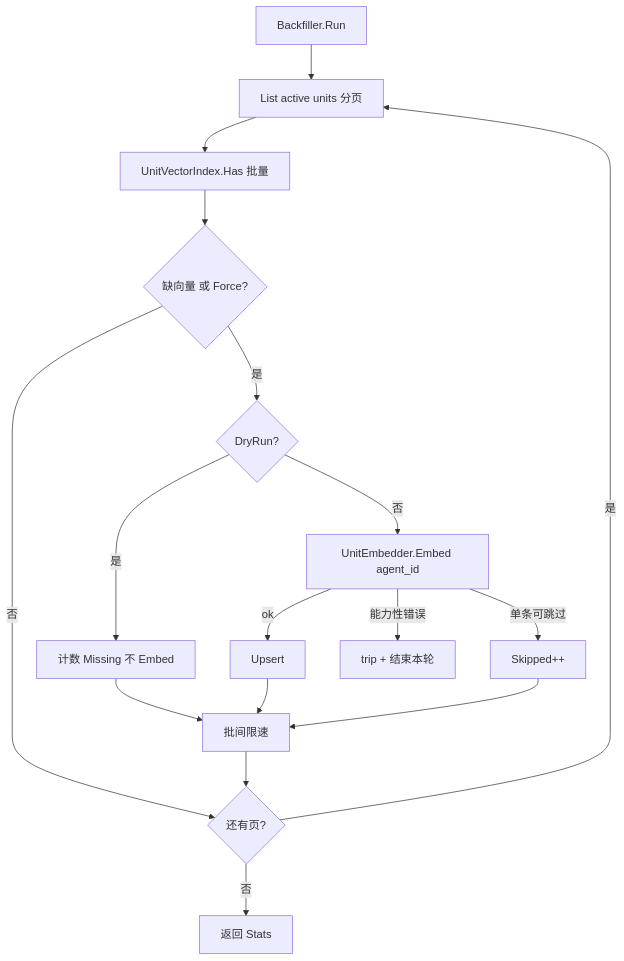
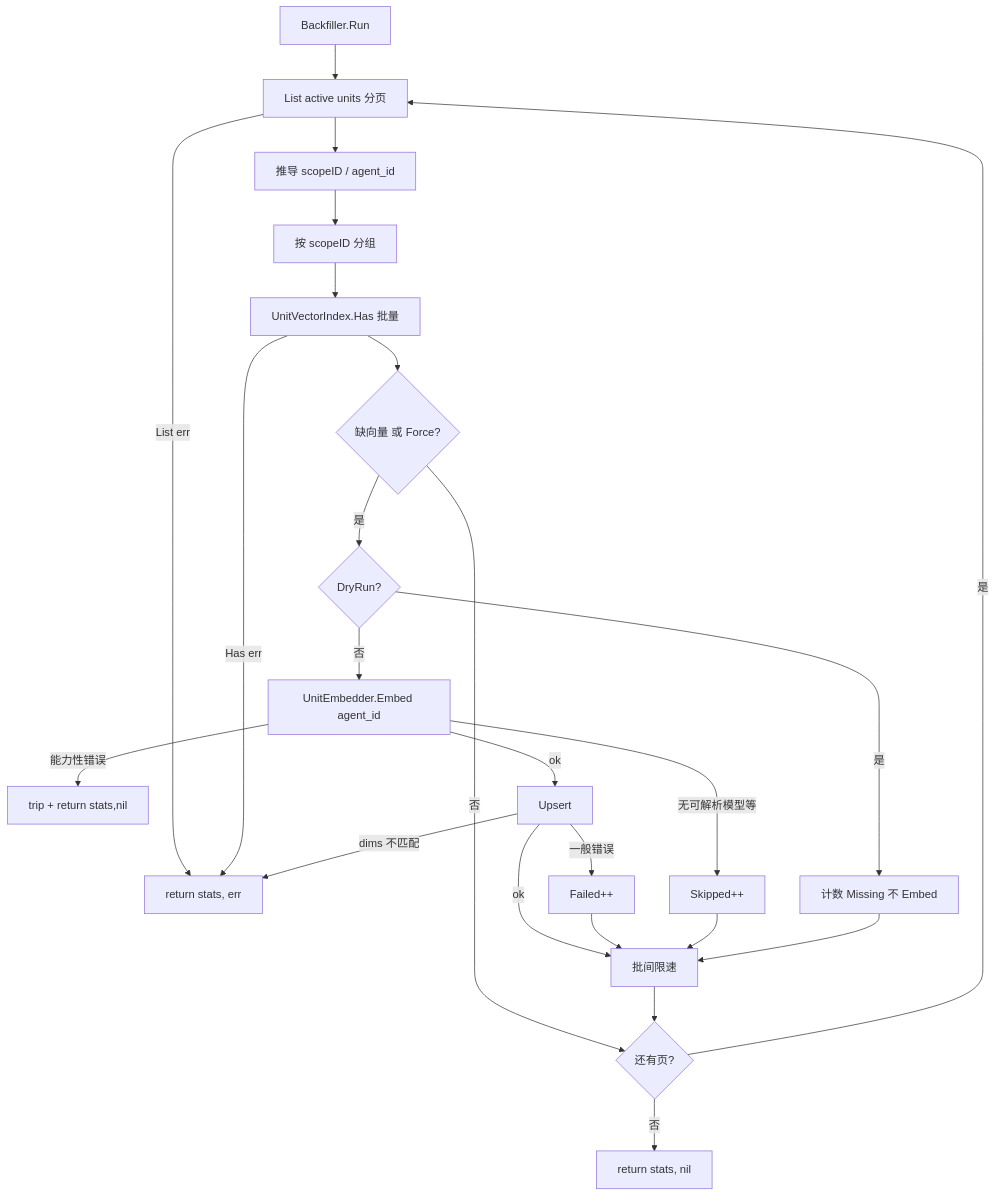
One commit to sixath/sixath changed the diagram in docs/superpowers/specs/2026-07-26-memory-store-vector-backfill-design.md. Above: the diagram before and after it, drawn with Mermaid. The commit also changed other lines of this file, not shown here.

````diff
--- a/docs/superpowers/specs/2026-07-26-memory-store-vector-backfill-design.md
+++ b/docs/superpowers/specs/2026-07-26-memory-store-vector-backfill-design.md
@@ -54,19 +54,26 @@
 ```mermaid
 flowchart TD
   Start[Backfiller.Run] --> Page[List active units 分页]
-  Page --> Has[UnitVectorIndex.Has 批量]
+  Page -->|List err| Fatal[return stats, err]
+  Page --> Derive[推导 scopeID / agent_id]
+  Derive --> Group[按 scopeID 分组]
+  Group --> Has[UnitVectorIndex.Has 批量]
+  Has -->|Has err| Fatal
   Has --> Need{缺向量 或 Force?}
   Need -->|否| Next
   Need -->|是| Dry{DryRun?}
   Dry -->|是| SkipDry[计数 Missing 不 Embed]
   Dry -->|否| Emb[UnitEmbedder.Embed agent_id]
+  Emb -->|能力性错误| Trip[trip + return stats,nil]
+  Emb -->|无可解析模型等| Skip[Skipped++]
   Emb -->|ok| Up[Upsert]
-  Emb -->|能力性错误| Trip[trip + 结束本轮]
-  Emb -->|单条可跳过| Skip[Skipped++]
-  Up --> Sleep[批间限速]
+  Up -->|ok| Sleep
+  Up -->|一般错误| Fail[Failed++]
+  Up -->|dims 不匹配| Fatal
+  Fail --> Sleep
+  Skip --> Sleep
   SkipDry --> Sleep
-  Skip --> Sleep
-  Sleep --> Next{还有页?}
+  Sleep[批间限速] --> Next{还有页?}
   Next -->|是| Page
-  Next -->|否| Done[返回 Stats]
+  Next -->|否| Done[return stats, nil]
 ```
````
